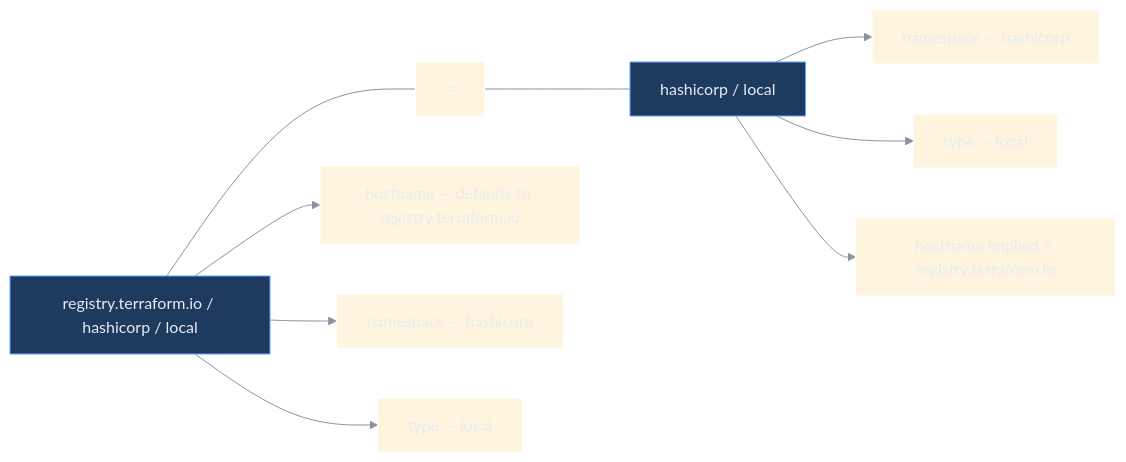
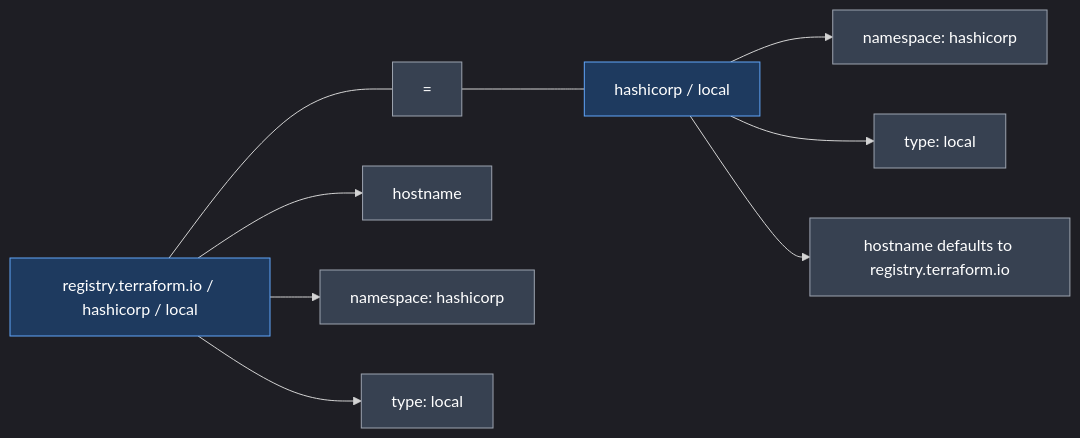
Before and after one commit to nirajp82/Terraform_Basics: the fifth of 9 diagrams in 04_Core_Terraform_Basics/01_Terraform_Provider.md, drawn with Mermaid. The commit also changed other lines of this file and 1 other file, not shown here.

Commit message:
Update Diagram

````diff
--- a/04_Core_Terraform_Basics/01_Terraform_Provider.md
+++ b/04_Core_Terraform_Basics/01_Terraform_Provider.md
@@ -146,20 +149,24 @@
 ```mermaid
-%%{init: {'theme': 'base', 'themeVariables': {'darkMode': true, 'background': 'transparent', 'primaryTextColor': '#e6edf3', 'lineColor': '#8b949e'}}}%%
+%%{init: {'theme': 'dark'}}%%
 flowchart LR
     FULL["registry.terraform.io / hashicorp / local"]
     SHORT["hashicorp / local"]
-
     FULL --- EQ["="]
     EQ --- SHORT
+    FULL --> H1["hostname"]
+    FULL --> N1["namespace: hashicorp"]
+    FULL --> T1["type: local"]
+    SHORT --> N2["namespace: hashicorp"]
+    SHORT --> T2["type: local"]
+    SHORT --> DEF["hostname defaults to registry.terraform.io"]
 
-    FULL --> H1["hostname — defaults to registry.terraform.io"]
-    FULL --> N1["namespace — hashicorp"]
-    FULL --> T1["type — local"]
-
-    SHORT --> N2["namespace — hashicorp"]
-    SHORT --> T2["type — local"]
-    SHORT --> DEF["hostname implied = registry.terraform.io"]
-
-    classDef info fill:#1e3a5f,stroke:#60a5fa,color:#e6edf3
-    class FULL,SHORT info
+    style FULL fill:#1e3a5f,stroke:#60a5fa,color:#ffffff
+    style SHORT fill:#1e3a5f,stroke:#60a5fa,color:#ffffff
+    style EQ fill:#374151,stroke:#9ca3af,color:#ffffff
+    style H1 fill:#374151,stroke:#9ca3af,color:#ffffff
+    style N1 fill:#374151,stroke:#9ca3af,color:#ffffff
+    style T1 fill:#374151,stroke:#9ca3af,color:#ffffff
+    style N2 fill:#374151,stroke:#9ca3af,color:#ffffff
+    style T2 fill:#374151,stroke:#9ca3af,color:#ffffff
+    style DEF fill:#374151,stroke:#9ca3af,color:#ffffff
 ```
````
